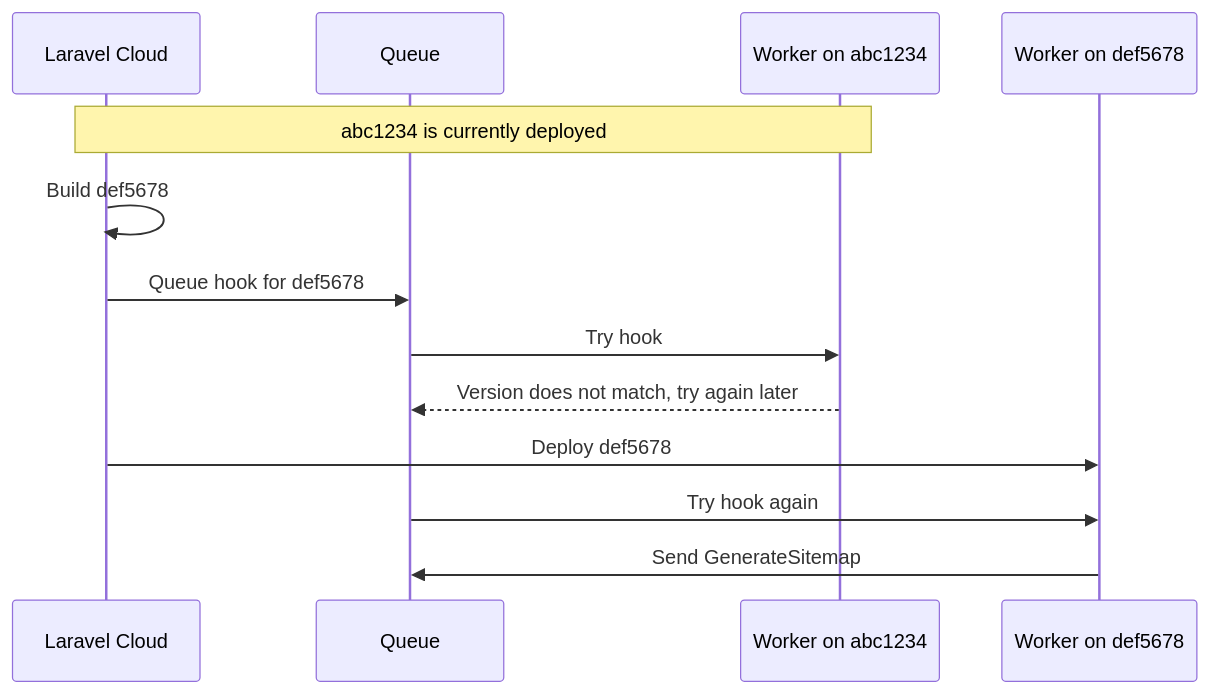
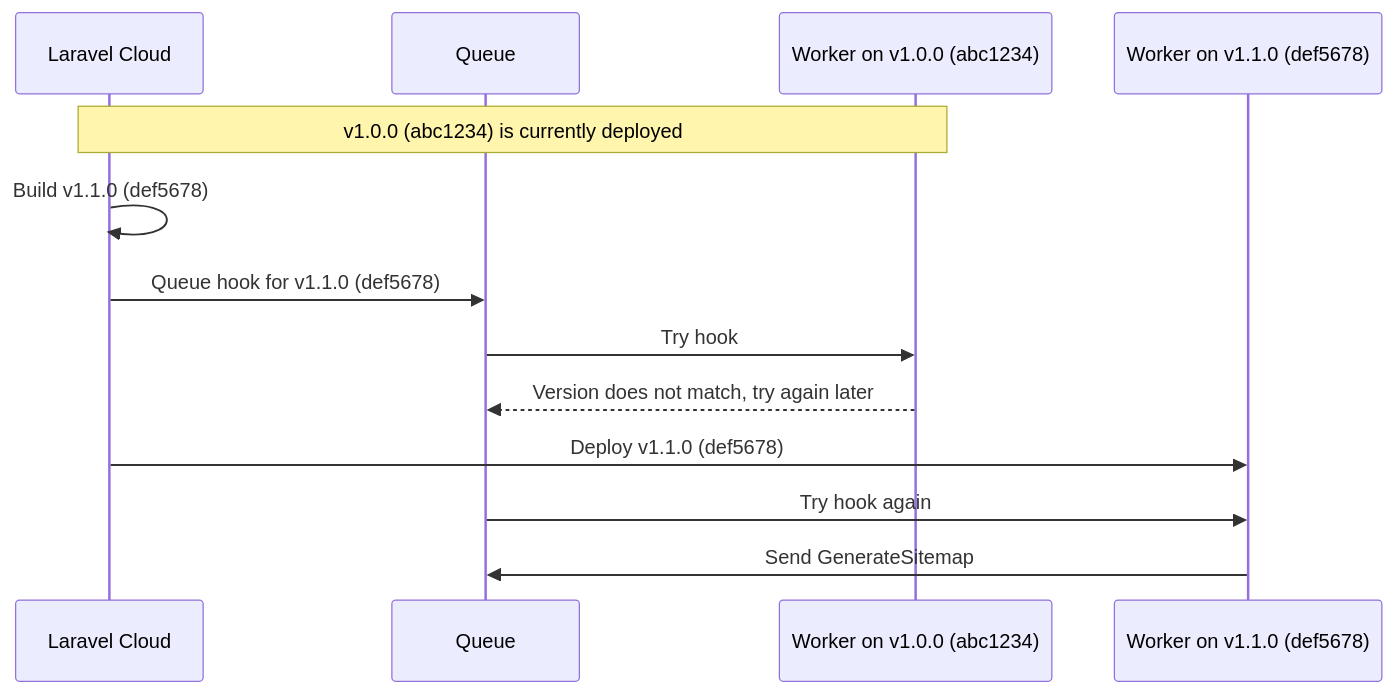
Before and after one commit to mathiasgrimm/laravel-post-deploy-hooks: the diagram in README.md, drawn with Mermaid.

Commit message:
Label timeline releases with versions and hashes

````diff
--- a/README.md
+++ b/README.md
@@ -92,16 +92,16 @@
 ```mermaid
 sequenceDiagram
     participant Cloud as Laravel Cloud
     participant Queue
-    participant Old as Worker on abc1234
-    participant New as Worker on def5678
+    participant Old as Worker on v1.0.0 (abc1234)
+    participant New as Worker on v1.1.0 (def5678)
 
-    Note over Cloud,Old: abc1234 is currently deployed
-    Cloud->>Cloud: Build def5678
-    Cloud->>Queue: Queue hook for def5678
+    Note over Cloud,Old: v1.0.0 (abc1234) is currently deployed
+    Cloud->>Cloud: Build v1.1.0 (def5678)
+    Cloud->>Queue: Queue hook for v1.1.0 (def5678)
     Queue->>Old: Try hook
     Old-->>Queue: Version does not match, try again later
-    Cloud->>New: Deploy def5678
+    Cloud->>New: Deploy v1.1.0 (def5678)
     Queue->>New: Try hook again
     New->>Queue: Send GenerateSitemap
 ```
````
